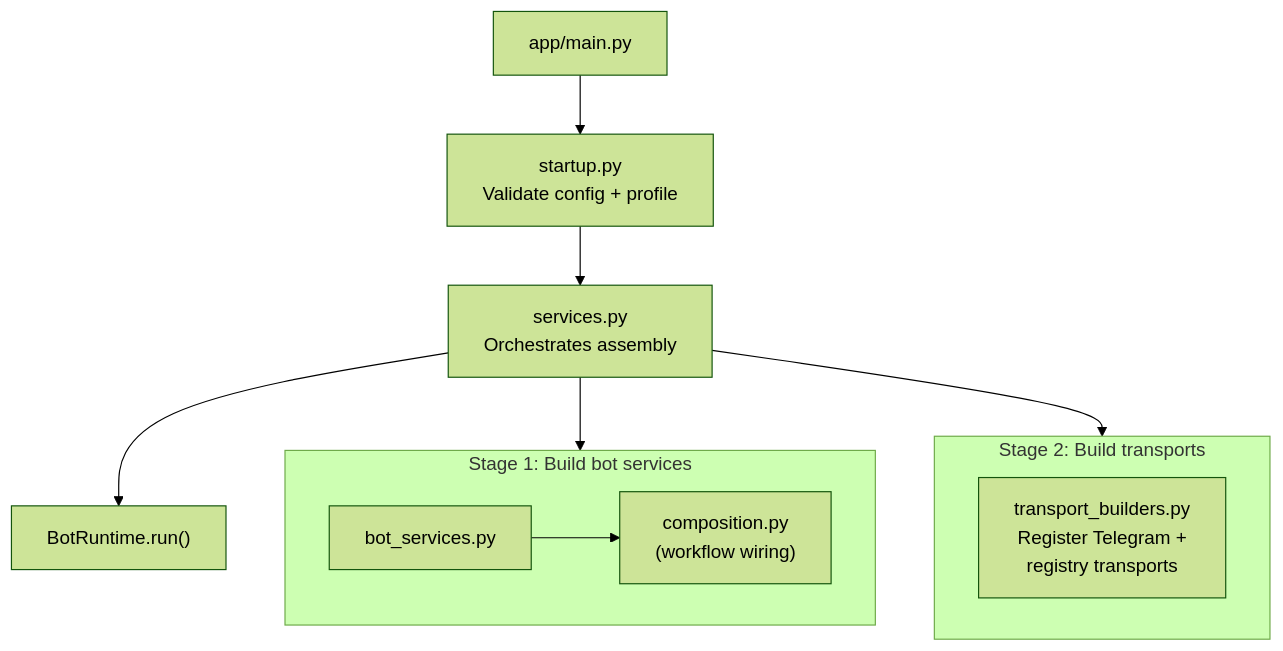
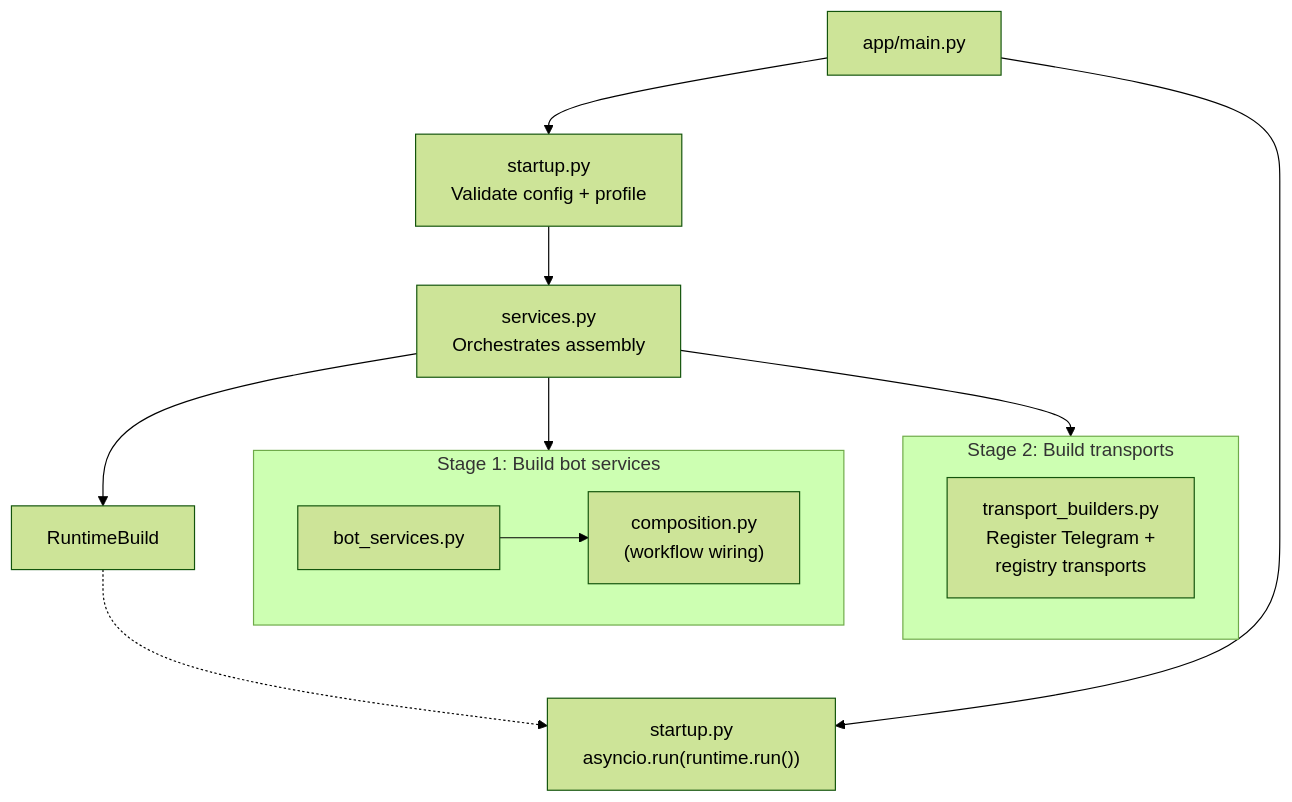
One commit to privacynow/octopus changed the sixth of 9 diagrams in ARCHITECTURE.md. Above: the diagram before and after it, drawn with Mermaid (forest theme). The commit also changed other lines of this file and 6 other files, not shown here.

````diff
--- a/ARCHITECTURE.md
+++ b/ARCHITECTURE.md
@@ -350,24 +350,27 @@
 ```mermaid
 flowchart TD
     main["app/main.py"]
     startup["startup.py<br/>Validate config + profile"]
     services["services.py<br/>Orchestrates assembly"]
 
     subgraph stage1 ["Stage 1: Build bot services"]
         bot_services["bot_services.py"]
         composition["composition.py<br/>(workflow wiring)"]
         bot_services --> composition
     end
 
     subgraph stage2 ["Stage 2: Build transports"]
         builders["transport_builders.py<br/>Register Telegram +<br/>registry transports"]
     end
 
-    runtime["BotRuntime.run()"]
+    runtime_build["RuntimeBuild"]
+    launch["startup.py<br/>asyncio.run(runtime.run())"]
 
     main --> startup
     startup --> services
     services --> stage1
     services --> stage2
-    services --> runtime
+    services --> runtime_build
+    main --> launch
+    runtime_build -.-> launch
 ```
````
